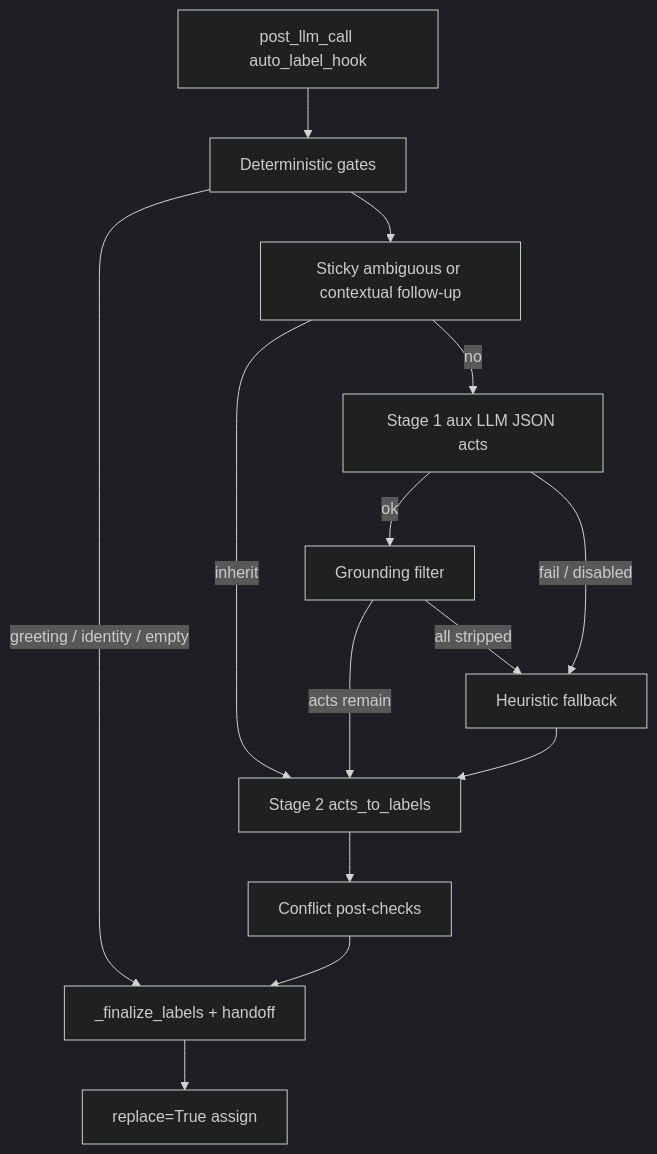
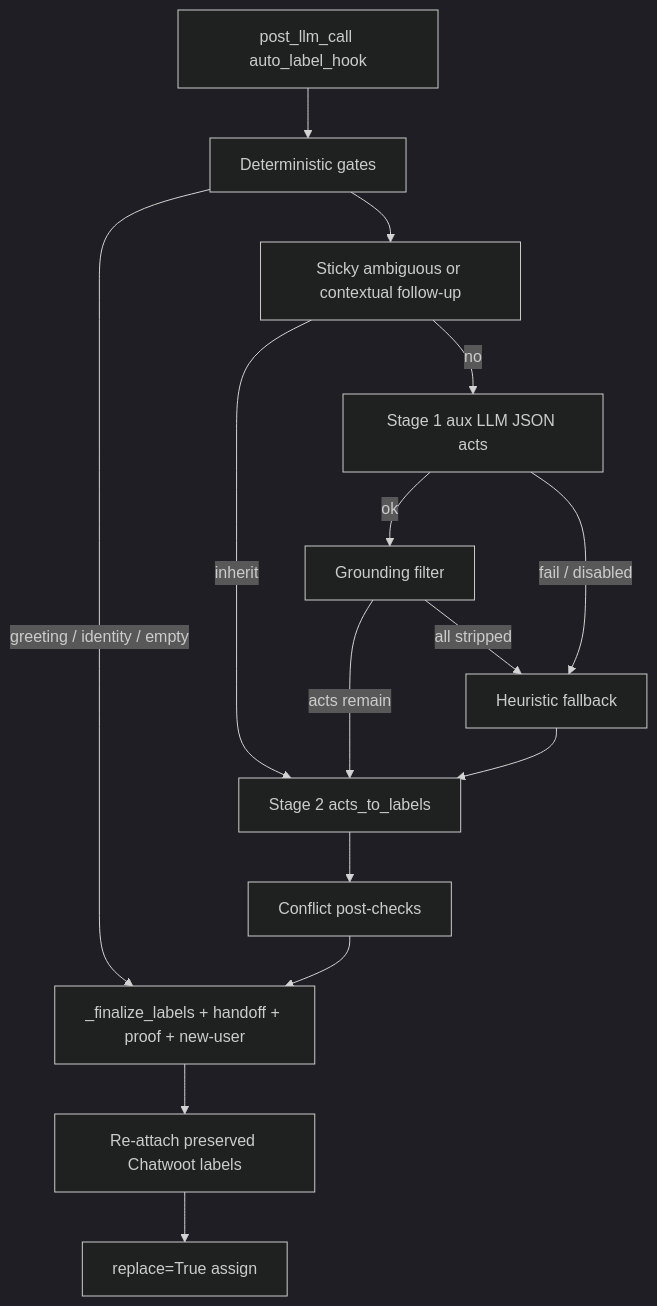
One commit to Anvento-labs/hermes-agent changed the second of 2 diagrams in crwd_documentaion/conversation_classification.md. Above: the diagram before and after it, drawn with Mermaid (dark theme). The commit also changed other lines of this file and 6 other files, not shown here.

````diff
--- a/crwd_documentaion/conversation_classification.md
+++ b/crwd_documentaion/conversation_classification.md
@@ -205,27 +196,29 @@
 ```mermaid
 flowchart TD
   hook[post_llm_call auto_label_hook]
   gates[Deterministic gates]
   sticky[Sticky ambiguous or contextual follow-up]
   llm[Stage 1 aux LLM JSON acts]
   ground[Grounding filter]
   heur[Heuristic fallback]
   map[Stage 2 acts_to_labels]
   post[Conflict post-checks]
-  finalize[_finalize_labels + handoff]
+  finalize["_finalize_labels + handoff + proof + new-user"]
+  preserve[Re-attach preserved Chatwoot labels]
   assign[replace=True assign]
 
   hook --> gates
   gates -->|greeting / identity / empty| finalize
   gates --> sticky
   sticky -->|inherit| map
   sticky -->|no| llm
   llm -->|ok| ground
   ground -->|acts remain| map
   ground -->|all stripped| heur
   llm -->|fail / disabled| heur
   heur --> map
   map --> post
   post --> finalize
-  finalize --> assign
+  finalize --> preserve
+  preserve --> assign
 ```
````
